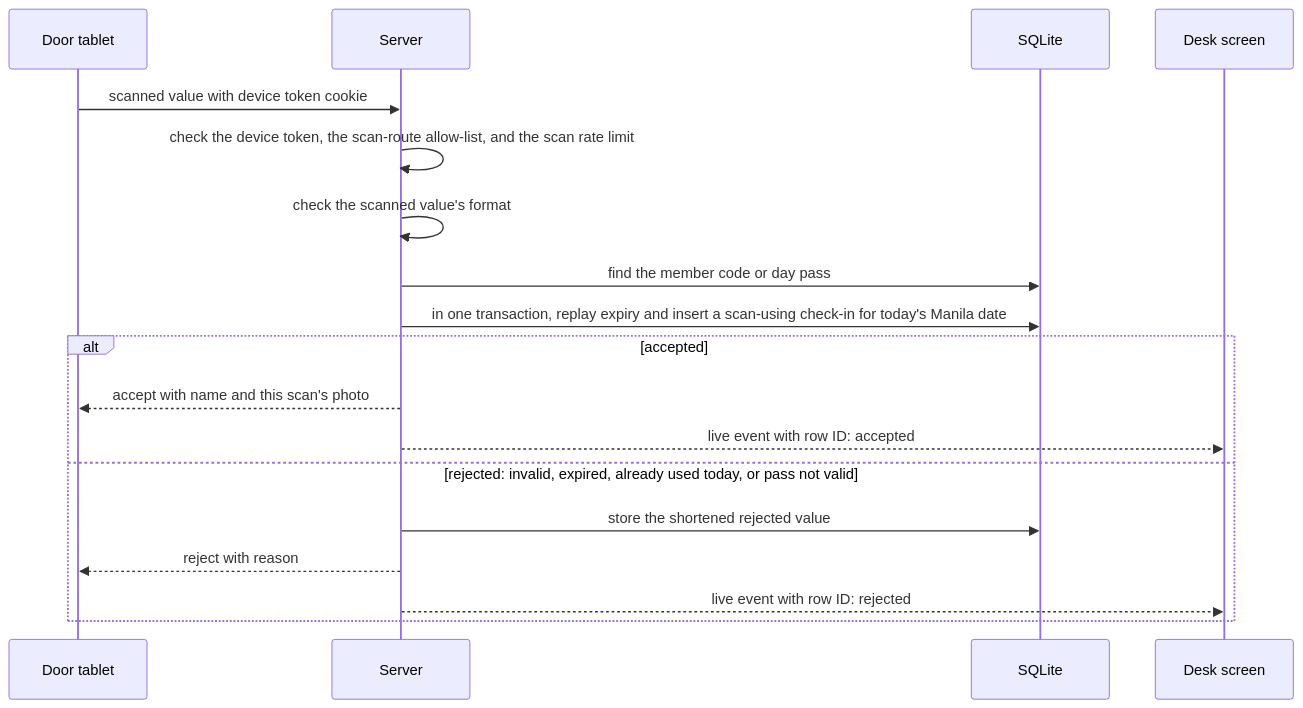
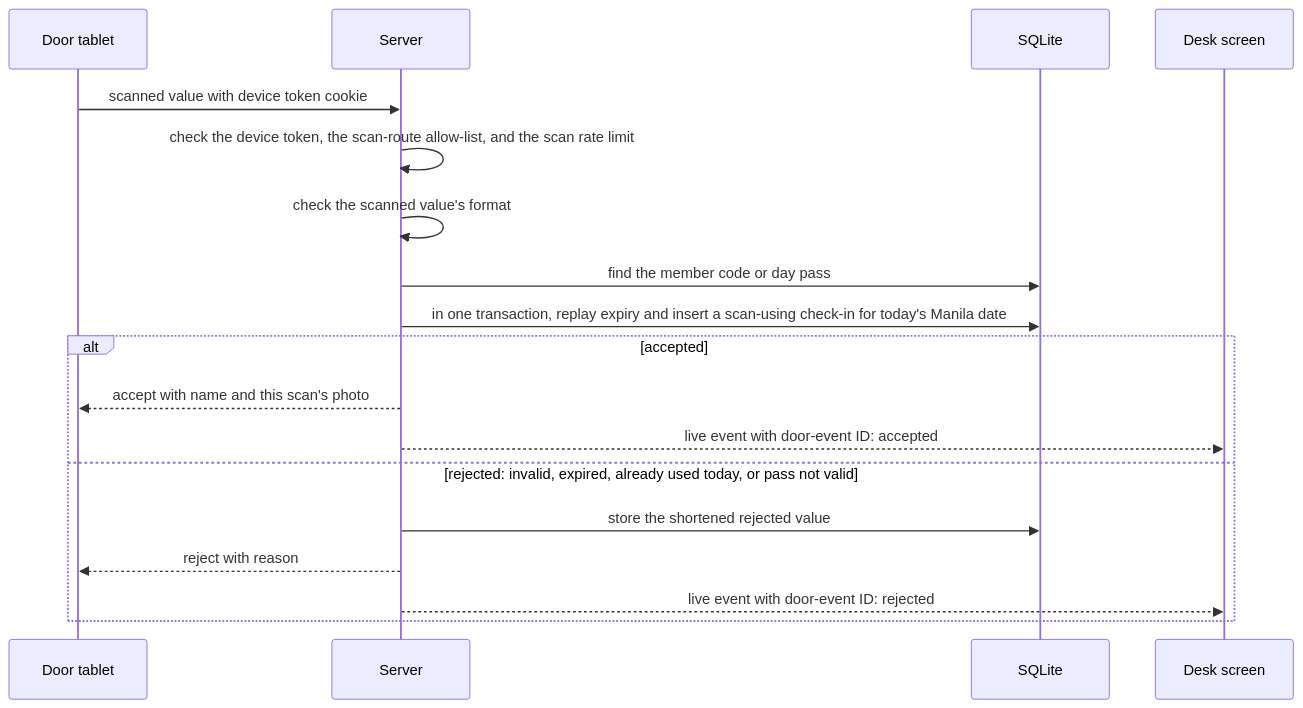
Before and after one commit to zealot-SEAlot/gym-mana-JEYO-ment: the fourth of 8 diagrams in docs/plans/2026-09-15-0946-feat-jeyos-gym-management-system-plan.md, drawn with Mermaid. The commit also changed other lines of this file and 2 other files, not shown here.

Commit message:
docs: apply architecture and security review fixes to plan and repo config (#5)

````diff
--- a/docs/plans/2026-09-15-0946-feat-jeyos-gym-management-system-plan.md
+++ b/docs/plans/2026-09-15-0946-feat-jeyos-gym-management-system-plan.md
@@ -405,20 +406,20 @@
 ```mermaid
 sequenceDiagram
   participant T as Door tablet
   participant S as Server
   participant D as SQLite
   participant K as Desk screen
   T->>S: scanned value with device token cookie
   S->>S: check the device token, the scan-route allow-list, and the scan rate limit
   S->>S: check the scanned value's format
   S->>D: find the member code or day pass
   S->>D: in one transaction, replay expiry and insert a scan-using check-in for today's Manila date
   alt accepted
     S-->>T: accept with name and this scan's photo
-    S-->>K: live event with row ID: accepted
+    S-->>K: live event with door-event ID: accepted
   else rejected: invalid, expired, already used today, or pass not valid
     S->>D: store the shortened rejected value
     S-->>T: reject with reason
-    S-->>K: live event with row ID: rejected
+    S-->>K: live event with door-event ID: rejected
   end
 ```
````
